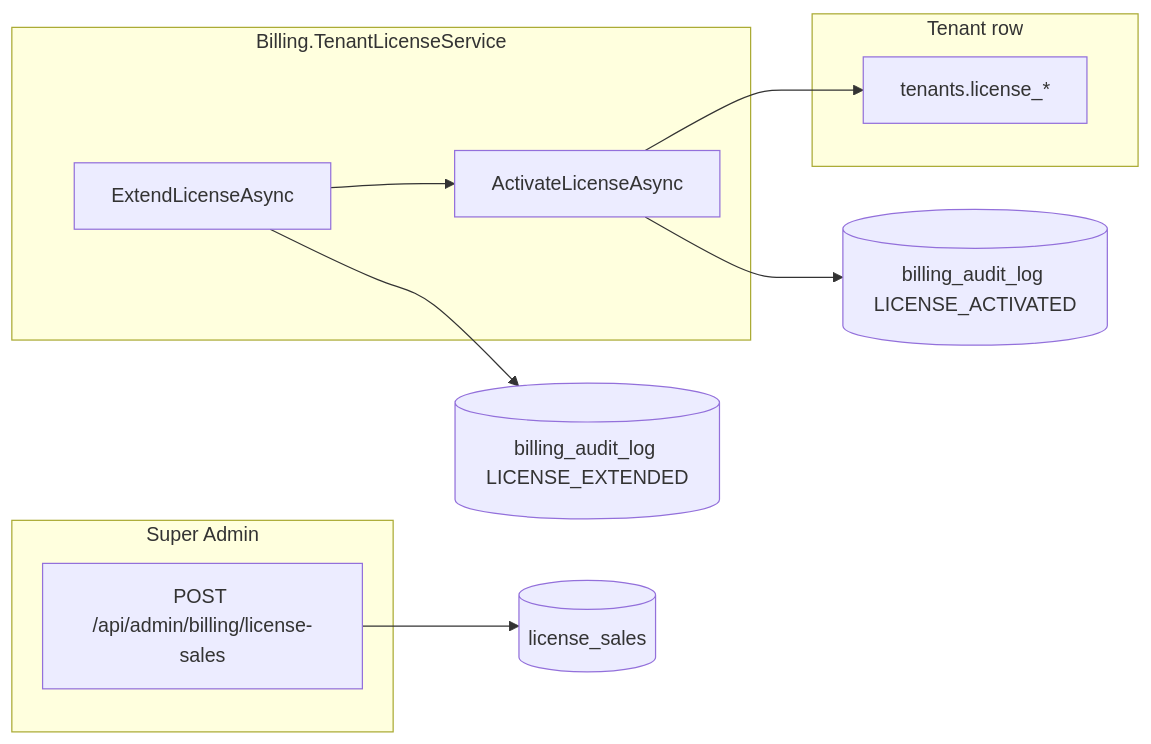
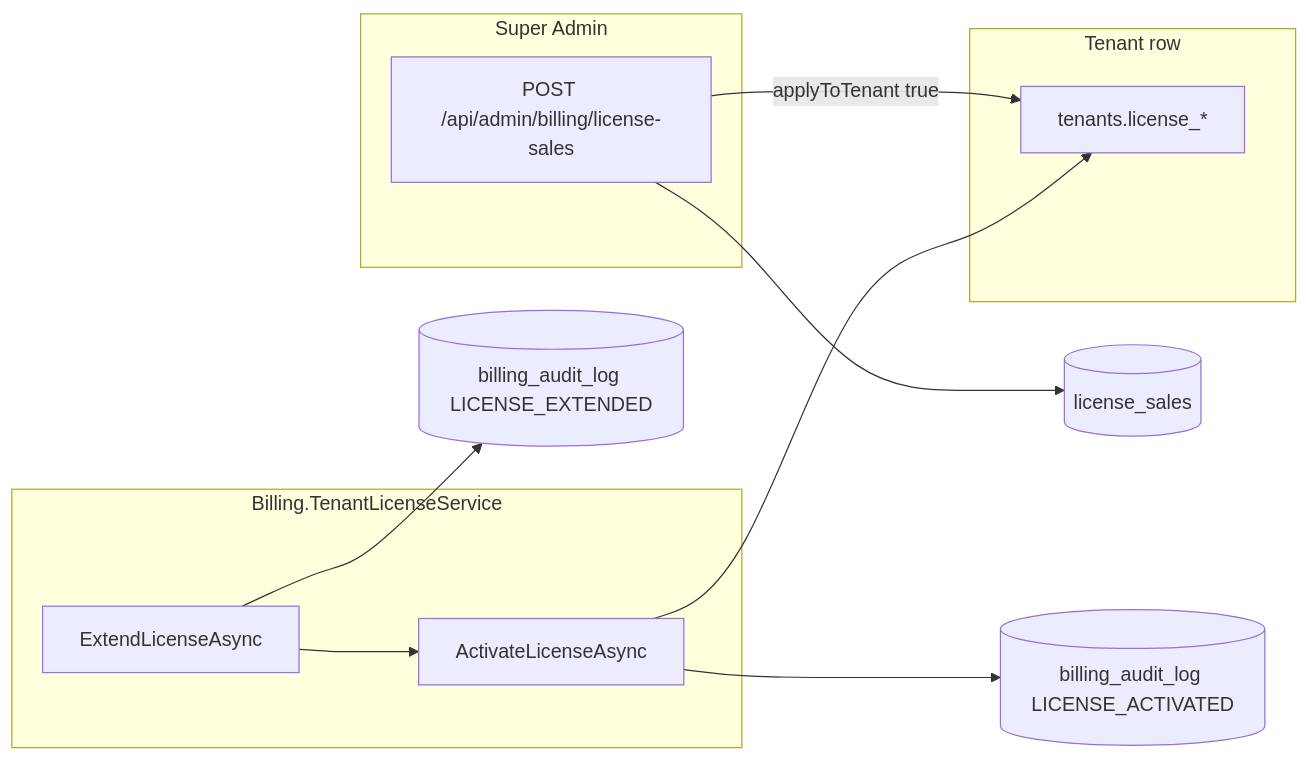
The diagram in docs/BILLING_TENANT_LICENSE.md (Jukingen/Regkasse), drawn with Mermaid before and after one commit. The commit also changed other lines of this file and 762 other files, not shown here.

````diff
--- a/docs/BILLING_TENANT_LICENSE.md
+++ b/docs/BILLING_TENANT_LICENSE.md
@@ -18,18 +18,19 @@
 ```mermaid
 flowchart LR
     subgraph sa [Super Admin]
         BILL[POST /api/admin/billing/license-sales]
     end
     subgraph row [Tenant row]
         T[tenants.license_*]
     end
     subgraph svc [Billing.TenantLicenseService]
         ACT[ActivateLicenseAsync]
         EXT[ExtendLicenseAsync]
     end
+    BILL -->|applyToTenant true| T
     BILL --> LS[(license_sales)]
     ACT --> T
     EXT --> ACT
     EXT --> AUD[(billing_audit_log LICENSE_EXTENDED)]
     ACT --> AUD2[(billing_audit_log LICENSE_ACTIVATED)]
 ```
````
